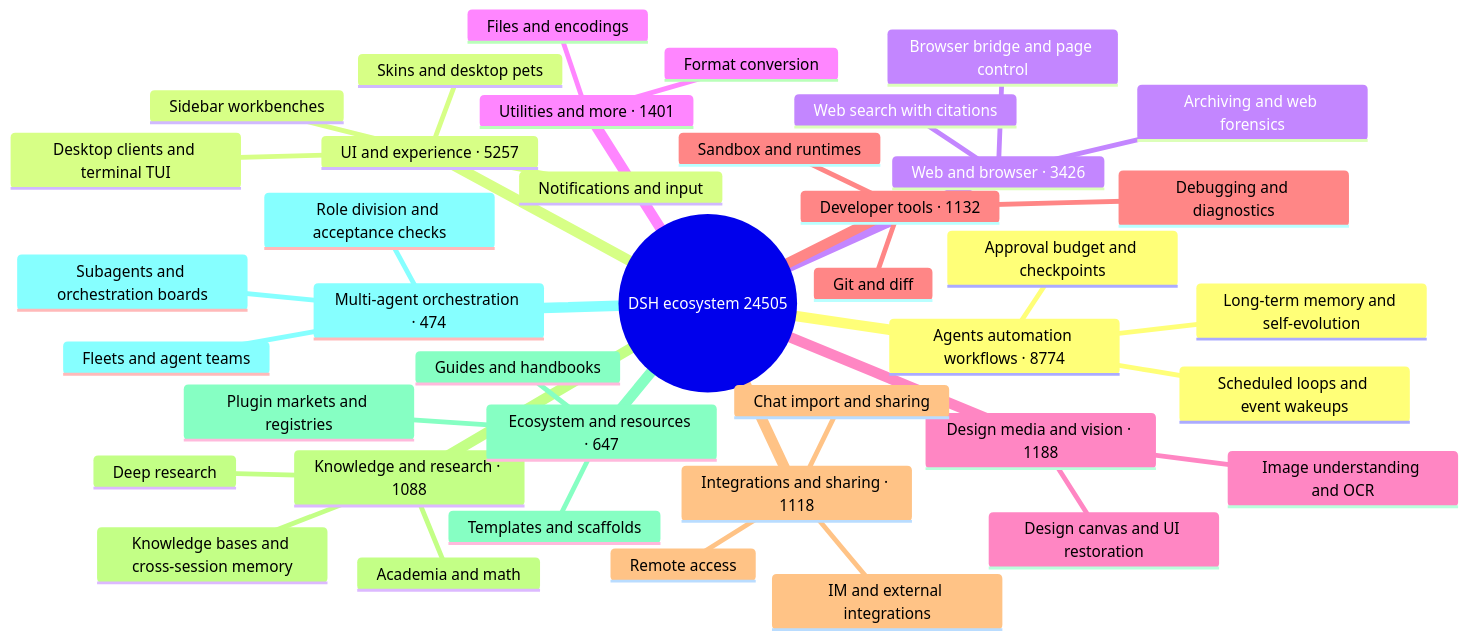
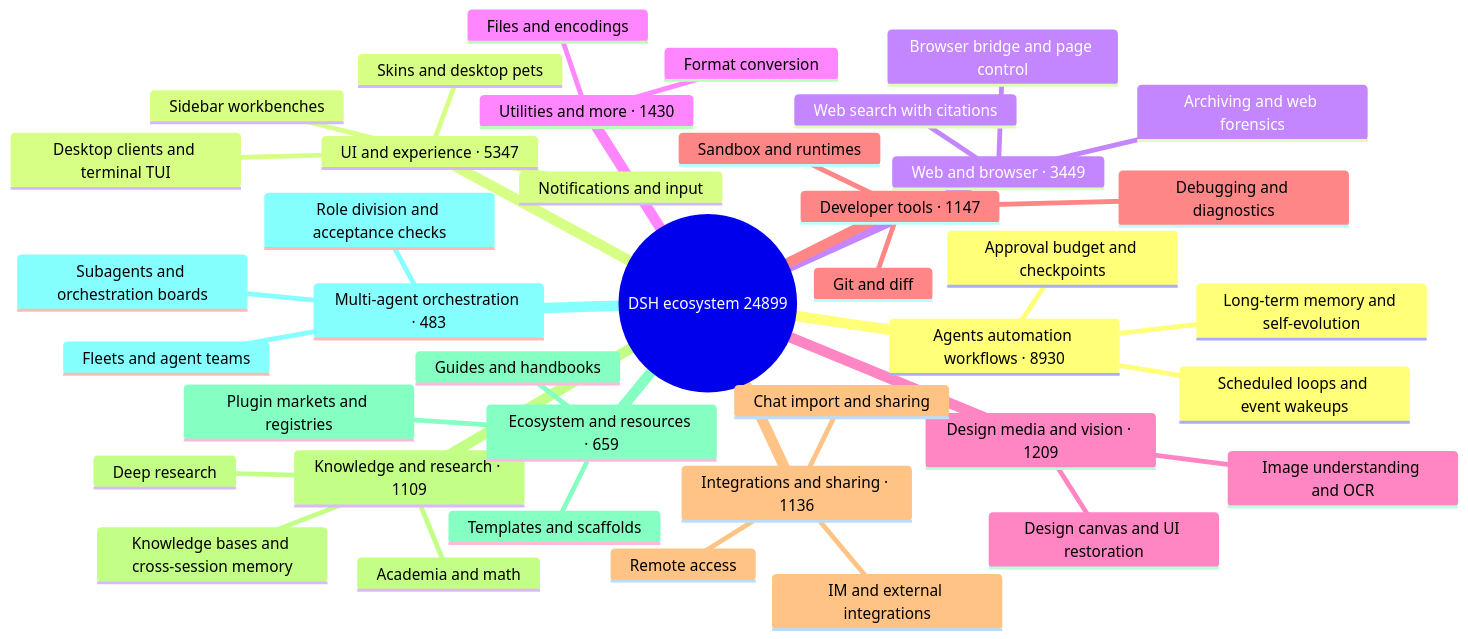
Before and after one commit to bruc3van/awesome-dsh-plugin: the diagram in README_EN.md, drawn with Mermaid. The commit also changed other lines of this file and 28 other files, not shown here.

````diff
--- a/README_EN.md
+++ b/README_EN.md
@@ -32,43 +32,43 @@
 ```mermaid
 mindmap
-  root((DSH ecosystem 24505))
-    Agents automation workflows · 8774
+  root((DSH ecosystem 24899))
+    Agents automation workflows · 8930
       Scheduled loops and event wakeups
       Long-term memory and self-evolution
       Approval budget and checkpoints
-    UI and experience · 5257
+    UI and experience · 5347
       Desktop clients and terminal TUI
       Sidebar workbenches
       Skins and desktop pets
       Notifications and input
-    Web and browser · 3426
+    Web and browser · 3449
       Browser bridge and page control
       Web search with citations
       Archiving and web forensics
-    Utilities and more · 1401
+    Utilities and more · 1430
       Files and encodings
       Format conversion
-    Design media and vision · 1188
+    Design media and vision · 1209
       Image understanding and OCR
       Design canvas and UI restoration
-    Developer tools · 1132
+    Developer tools · 1147
       Git and diff
       Sandbox and runtimes
       Debugging and diagnostics
-    Integrations and sharing · 1118
+    Integrations and sharing · 1136
       Chat import and sharing
       Remote access
       IM and external integrations
-    Knowledge and research · 1088
+    Knowledge and research · 1109
       Knowledge bases and cross-session memory
       Deep research
       Academia and math
-    Ecosystem and resources · 647
+    Ecosystem and resources · 659
       Plugin markets and registries
       Templates and scaffolds
       Guides and handbooks
-    Multi-agent orchestration · 474
+    Multi-agent orchestration · 483
       Subagents and orchestration boards
       Fleets and agent teams
       Role division and acceptance checks
 ```
````
